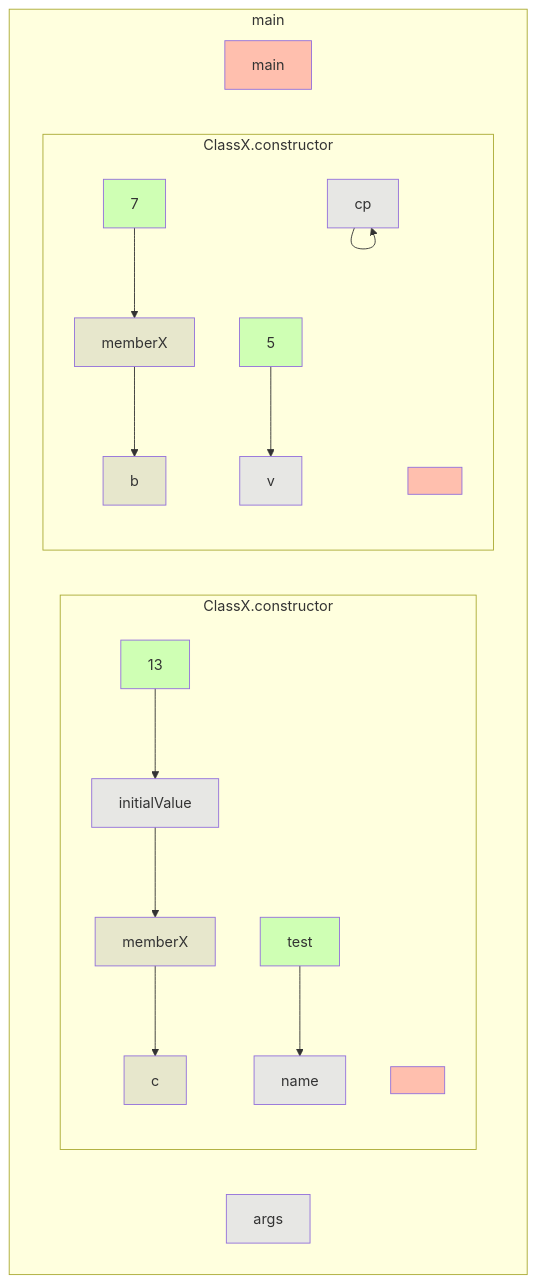
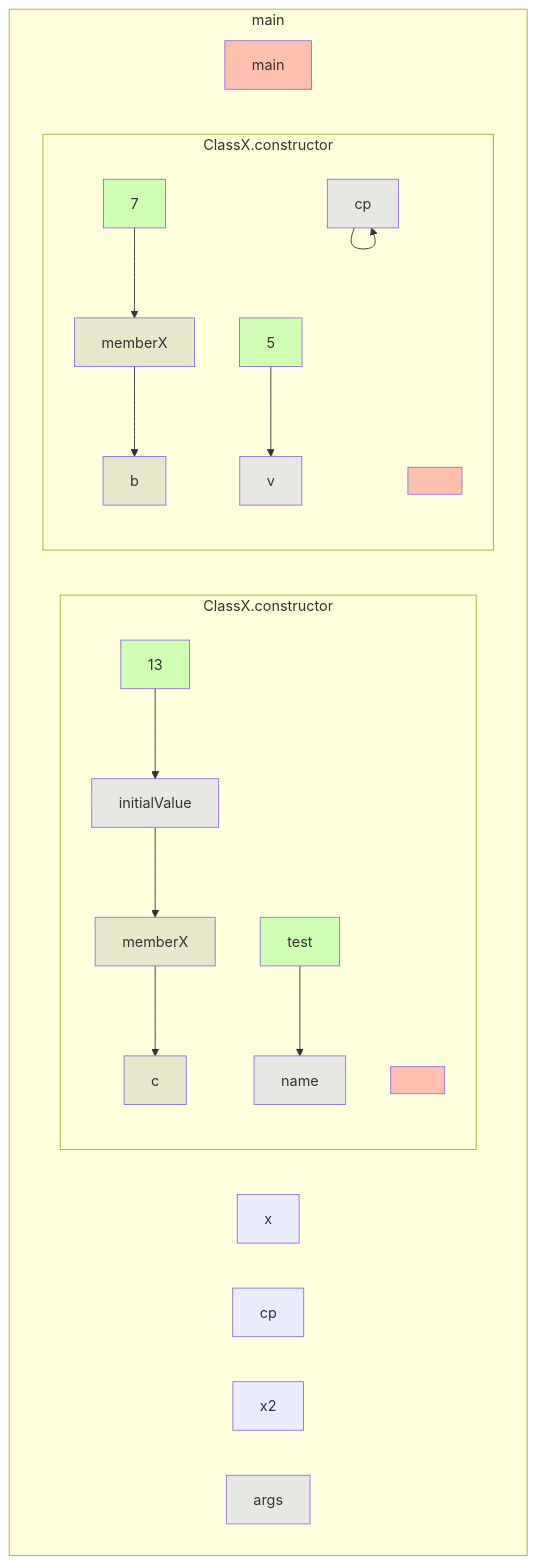
The diagram in app/src/test/resources/constructor/truth.md (gstiebler/codeflow), drawn with Mermaid before and after one commit. The commit also changed 4 other files, not shown here.

````diff
--- a/app/src/test/resources/constructor/truth.md
+++ b/app/src/test/resources/constructor/truth.md
@@ -1,38 +1,41 @@
 ```mermaid
 flowchart TD
   subgraph 4309014["main"]
     -1362738615[b]:::VARIABLE
+    -1362738390[x]:::OBJ_VARIABLE
     -1362737701[c]:::VARIABLE
+    -1362687130[cp]:::OBJ_VARIABLE
+    -1362676100[x2]:::OBJ_VARIABLE
     -1311755417[args]:::FUNC_PARAM
     56853577[main]:::RETURN
     subgraph 1122191319["ClassX.constructor"]
       -658356807[7]:::LITERAL
       -658356513[v]:::FUNC_PARAM
       -658353895[5]:::LITERAL
       -658304414[cp]:::FUNC_PARAM
       14768247883[memberX]:::VARIABLE
       29544965375[<init>]:::RETURN
       -658356807[7]:::LITERAL --> 14768247883[memberX]:::VARIABLE
       -658353895[5]:::LITERAL --> -658356513[v]:::FUNC_PARAM
       -658304414[cp]:::FUNC_PARAM --> -658304414[cp]:::FUNC_PARAM
       14768247883[memberX]:::VARIABLE --> -1362738615[b]:::VARIABLE
     end
     subgraph 1122199459["ClassX.constructor"]
       -7770612242[initialValue]:::FUNC_PARAM
       -658320394[13]:::LITERAL
       -600996877[name]:::FUNC_PARAM
       14768248103[memberX]:::VARIABLE
       17763577222["test"]:::LITERAL
       29544965595[<init>]:::RETURN
       -7770612242[initialValue]:::FUNC_PARAM --> 14768248103[memberX]:::VARIABLE
       -658320394[13]:::LITERAL --> -7770612242[initialValue]:::FUNC_PARAM
       14768248103[memberX]:::VARIABLE --> -1362737701[c]:::VARIABLE
       17763577222["test"]:::LITERAL --> -600996877[name]:::FUNC_PARAM
     end
   end
   classDef LITERAL fill:#00FF0030
   classDef VARIABLE fill:#80808030
   classDef BIN_OP fill:#80808080
   classDef FUNC_PARAM fill:#8080FF30
   classDef RETURN fill:#FF808080
 ```
````
